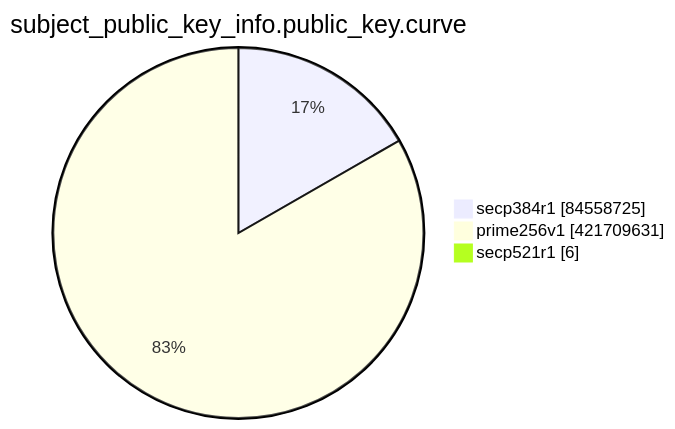
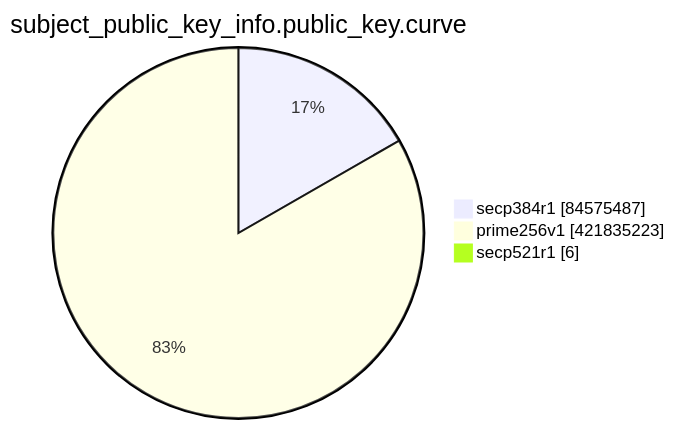
Before and after one commit to christiankrug/ctmonitor_visualization: the eighth of 15 diagrams in TOTAL/README.md, drawn with Mermaid. The commit also changed other lines of this file, not shown here.

````diff
--- a/TOTAL/README.md
+++ b/TOTAL/README.md
@@ -3099,7 +3099,7 @@
 ```mermaid
 pie showData
 title subject_public_key_info.public_key.curve
-"secp384r1" :84558725
-"prime256v1" :421709631
+"secp384r1" :84575487
+"prime256v1" :421835223
 "secp521r1" :6
 ```
````
